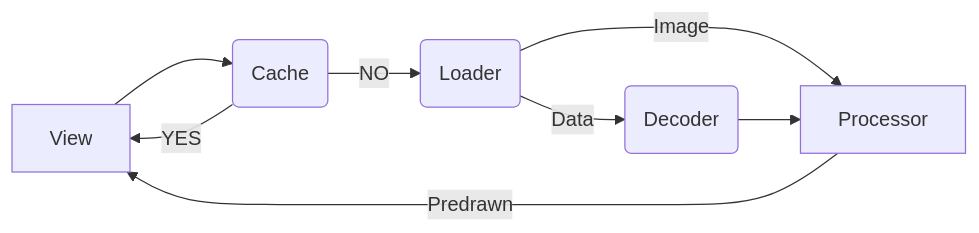
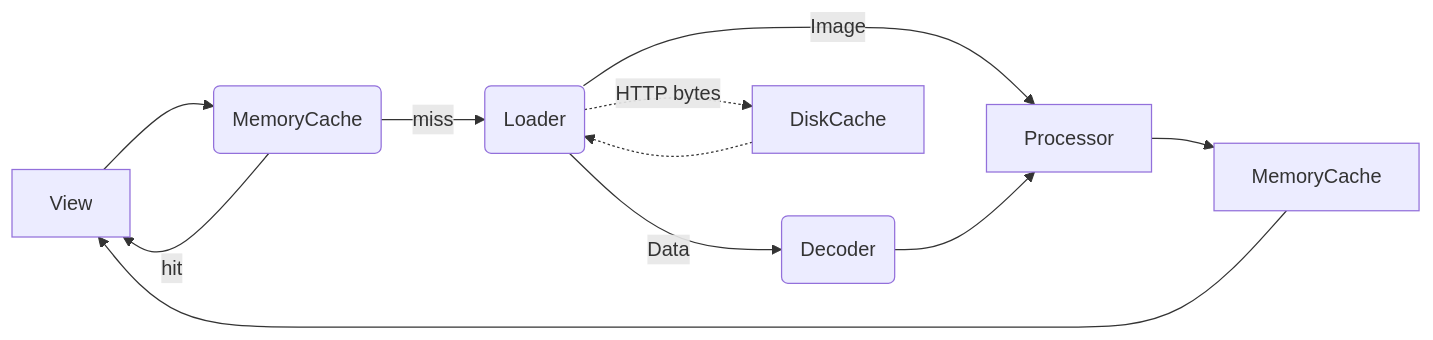
One commit to saucym/ImageKit changed the diagram in README.md. Above: the diagram before and after it, drawn with Mermaid. The commit also changed other lines of this file and 6 other files, not shown here.

Commit message:
Clarify DiskCache as storage and add unit tests.

````diff
--- a/README.md
+++ b/README.md
@@ -5,10 +5,13 @@
 ```mermaid
 graph LR
-A[View] -->B(Cache)
-    B -->|YES| A
-    B -->|NO| C(Loader)
+A[View] -->B(MemoryCache)
+    B -->|hit| A
+    B -->|miss| C(Loader)
     C -->|Data| D(Decoder)
     C -->|Image| E[Processor]
     D --> E
-    E -->|Predrawn| A
+    E --> F[MemoryCache]
+    C -.->|HTTP bytes| G[DiskCache]
+    G -.-> C
+    F --> A
 ```
````
